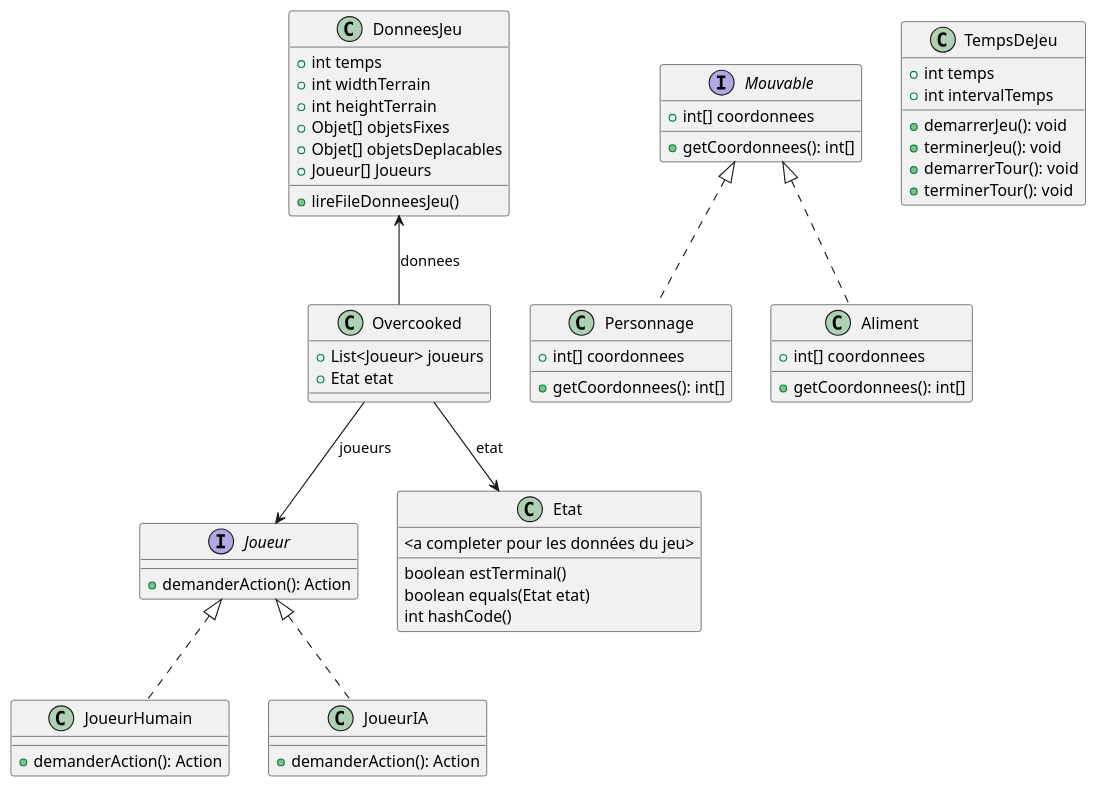
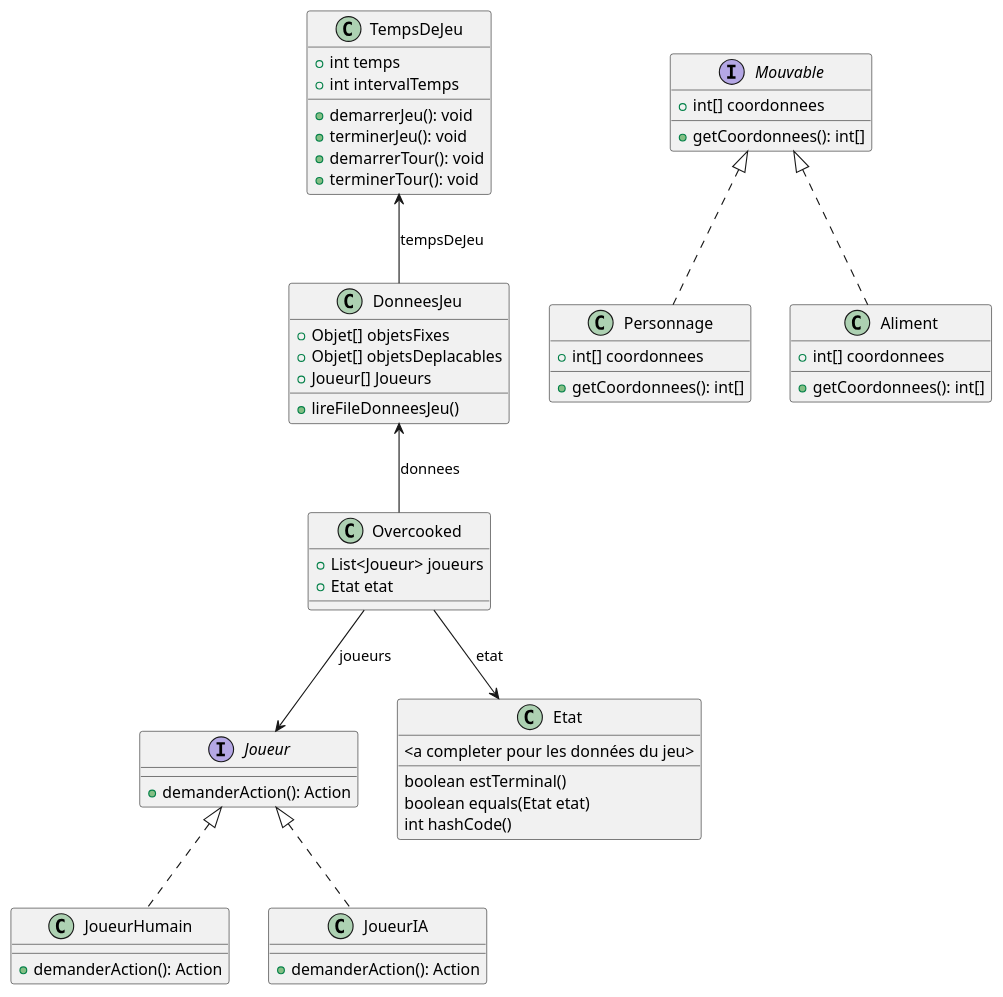
Before and after one commit to ThomasRbn/PTUT_BERNARD_ROBINEAU_ROUYER_RUSSO: the diagram in assets/DiagClassNonIA.puml, drawn with PlantUML.

Commit message:
Mise à jour du diagramme UML

```diff
--- a/assets/DiagClassNonIA.puml
+++ b/assets/DiagClassNonIA.puml
@@ -1,68 +1,66 @@
 @startuml
 'https://plantuml.com/class-diagram
 
 class Overcooked {
     + List<Joueur> joueurs
     + Etat etat
 }
 
 "Overcooked" --> "Joueur" : "joueurs"
 "Overcooked" --> "Etat" : "etat"
 
 interface Mouvable {
     + int[] coordonnees
     + getCoordonnees(): int[]
 }
 
 interface Joueur {
     + demanderAction(): Action
 }
 
 class JoueurHumain implements Joueur {
     + demanderAction(): Action
 }
 
 class JoueurIA implements Joueur {
     + demanderAction(): Action
 }
 
 class Personnage implements Mouvable {
     + int[] coordonnees
     + getCoordonnees(): int[]
 }
 
 class Aliment implements Mouvable {
     + int[] coordonnees
     + getCoordonnees(): int[]
 }
 
 class TempsDeJeu {
     + int temps
     + int intervalTemps
     + demarrerJeu(): void
     + terminerJeu(): void
     + demarrerTour(): void
     + terminerTour(): void
 }
 
 class Etat{
     <a completer pour les données du jeu>
     boolean estTerminal()
     boolean equals(Etat etat)
     int hashCode()
 }
 
 class DonneesJeu {
-    + int temps
-    + int widthTerrain
-    + int heightTerrain
     + Objet[] objetsFixes
     + Objet[] objetsDeplacables
     + Joueur[] Joueurs
     + lireFileDonneesJeu()
 }
 "DonneesJeu" <-- "Overcooked" : "donnees"
+"TempsDeJeu" <-- "DonneesJeu" : "tempsDeJeu"
 
 
 
 @enduml
```
